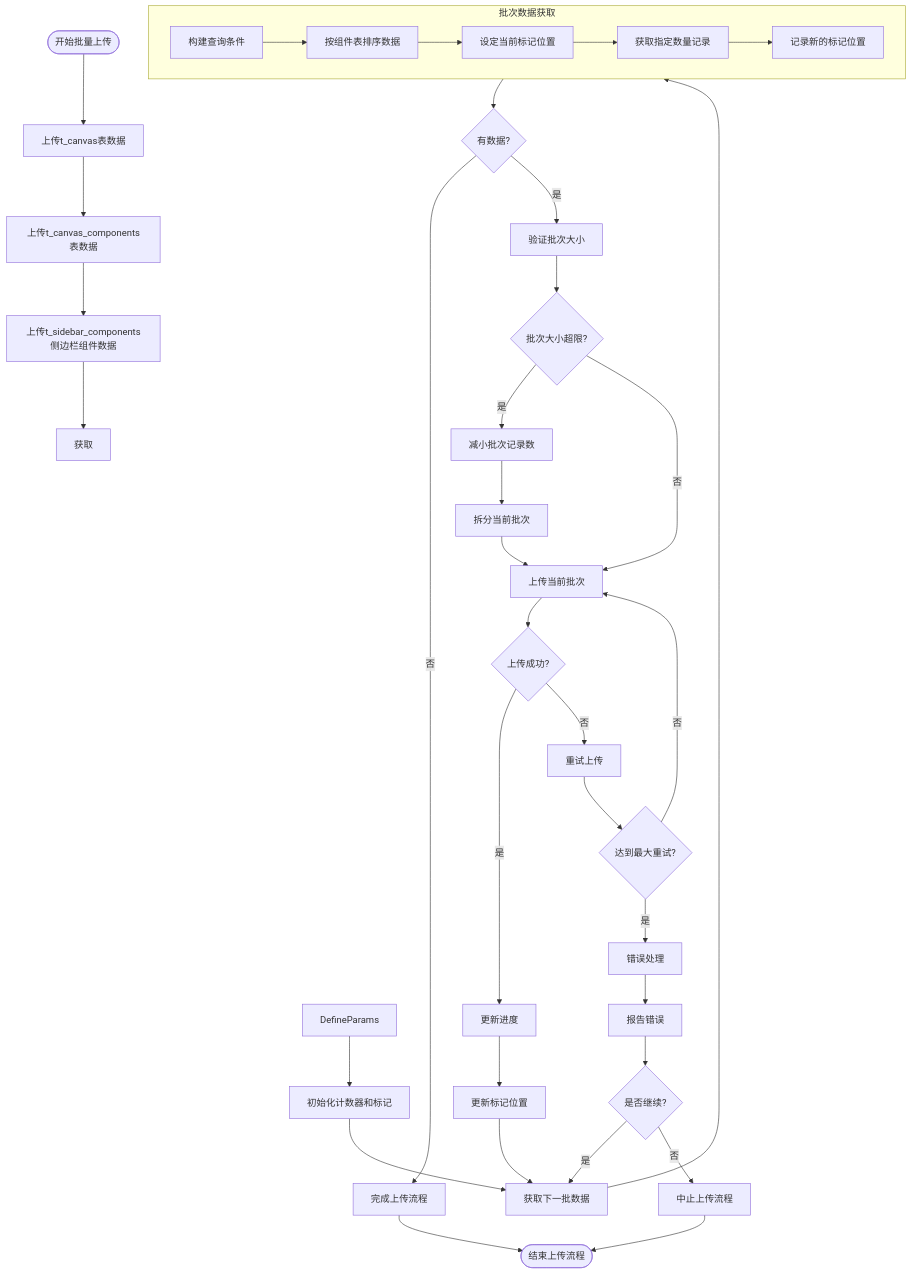
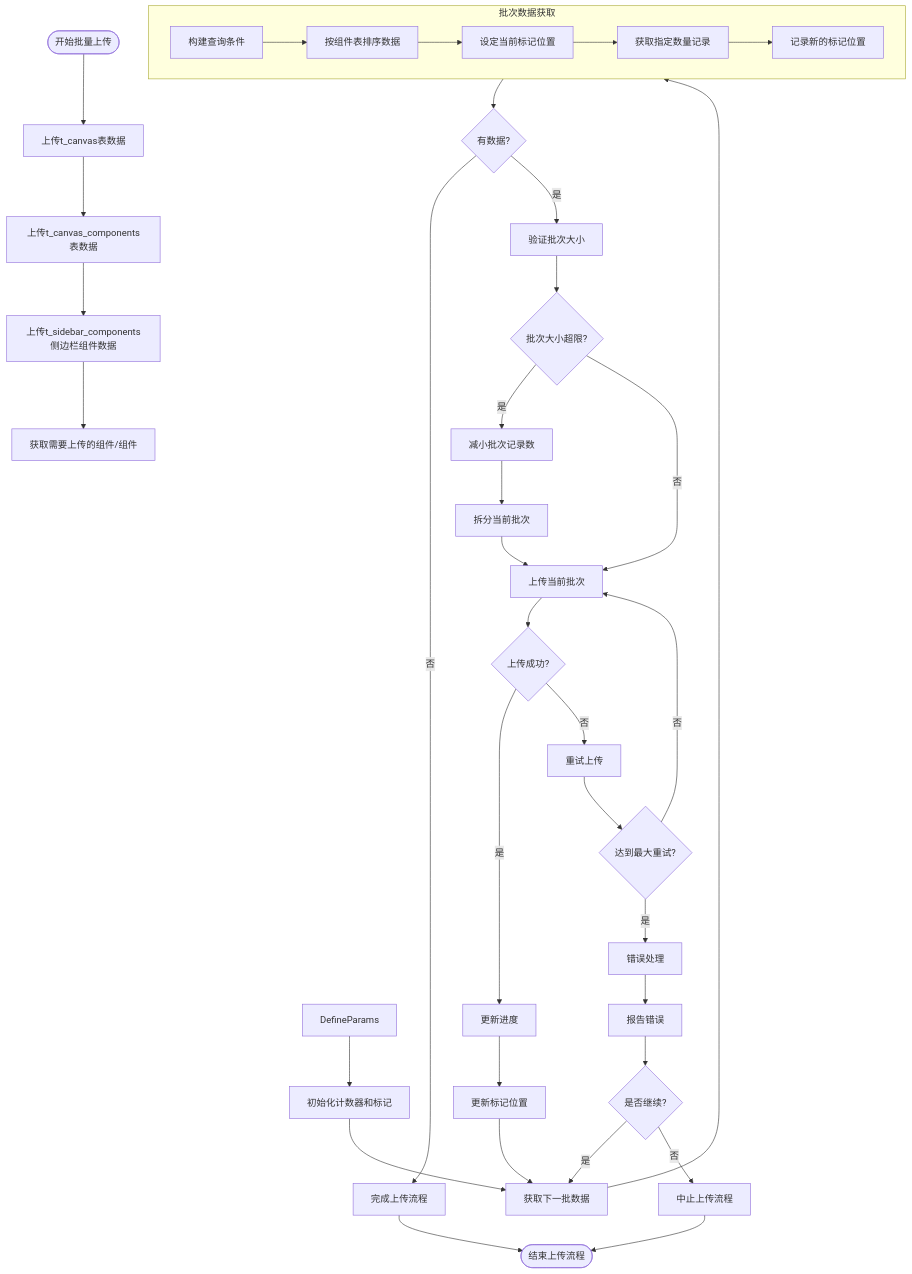
Before and after one commit to yingjianzh/iodraw-files: the diagram in all/未命名-51.md, drawn with Mermaid.

Commit message:
2025-05-08 17:25:05 update

````diff
--- a/all/未命名-51.md
+++ b/all/未命名-51.md
@@ -1,50 +1,50 @@
 ```mermaid
 flowchart TD
     Start([开始批量上传]) --> UploadSpaceData[上传t_canvas表数据]
     UploadSpaceData --> UploadComponentListData[上传t_canvas_components表数据]
     UploadComponentListData --> UploadSiderComponent[上传t_sidebar_components侧边栏组件数据]
     
-    UploadSiderComponent --> UploadData[获取]
+    UploadSiderComponent --> UploadData[获取需要上传的组件/组件]
     DefineParams --> InitCounters[初始化计数器和标记]
     
     InitCounters --> FetchNextBatch[获取下一批数据]
     
     subgraph BatchFetch [批次数据获取]
         A[构建查询条件] --> B[按组件表排序数据]
         B --> C[设定当前标记位置]
         C --> D[获取指定数量记录]
         D --> E[记录新的标记位置]
     end
     
     FetchNextBatch --> BatchFetch
     
     BatchFetch --> CheckResults{有数据?}
     CheckResults -->|否| CompleteUpload[完成上传流程]
     CheckResults -->|是| ValidateBatch[验证批次大小]
     
     ValidateBatch --> SizeTooLarge{批次大小超限?}
     SizeTooLarge -->|是| AdjustBatchSize[减小批次记录数]
     SizeTooLarge -->|否| UploadBatch[上传当前批次]
     
     AdjustBatchSize --> SplitBatch[拆分当前批次]
     SplitBatch --> UploadBatch
     
     UploadBatch --> UploadSuccess{上传成功?}
     UploadSuccess -->|是| UpdateProgress[更新进度]
     UploadSuccess -->|否| RetryUpload[重试上传]
     
     RetryUpload --> MaxRetries{达到最大重试?}
     MaxRetries -->|否| UploadBatch
     MaxRetries -->|是| ErrorHandling[错误处理]
     
     ErrorHandling --> ReportError[报告错误]
     ReportError --> ContinueOption{是否继续?}
     ContinueOption -->|是| FetchNextBatch
     ContinueOption -->|否| AbortProcess[中止上传流程]
     
     UpdateProgress --> UpdateMarker[更新标记位置]
     UpdateMarker --> FetchNextBatch
     
     CompleteUpload --> End([结束上传流程])
     AbortProcess --> End
 ```
````
